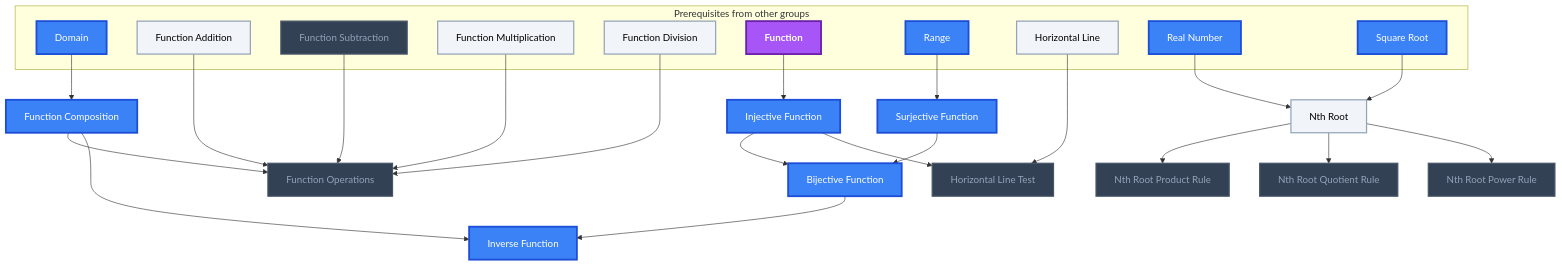
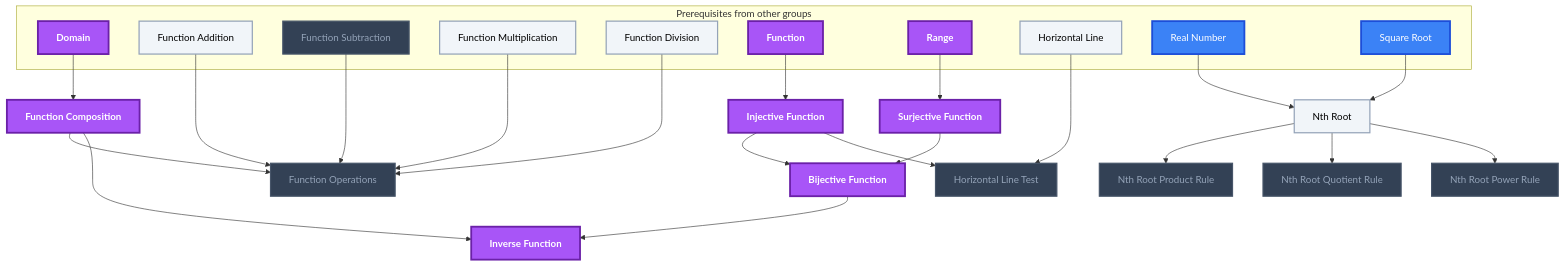
One commit to MRauf1/My-Notes changed the fifth of 11 diagrams in Gamification/Skill Trees/Pre-Calculus.md. Above: the diagram before and after it, drawn with Mermaid. The commit also changed other lines of this file and 57 other files, not shown here.

````diff
--- a/Gamification/Skill Trees/Pre-Calculus.md
+++ b/Gamification/Skill Trees/Pre-Calculus.md
@@ -386,59 +386,59 @@
 ```mermaid
 flowchart TD
     classDef planned fill:#1E293B,stroke:#64748B,stroke-width:2px,stroke-dasharray:5 5,color:#94A3B8;
     classDef locked fill:#334155,stroke:#475569,stroke-width:2px,color:#94A3B8;
     classDef L0 fill:#F1F5F9,stroke:#94A3B8,stroke-width:2px,color:#000000;
     classDef L1 fill:#22C55E,stroke:#15803D,stroke-width:2px,color:#000000;
     classDef L2 fill:#3B82F6,stroke:#1D4ED8,stroke-width:3px,color:#FFFFFF;
     classDef L3 fill:#A855F7,stroke:#6B21A8,stroke-width:3px,color:#FFFFFF,font-weight:bold;
     classDef L4 fill:#F97316,stroke:#C2410C,stroke-width:4px,color:#000000,font-weight:bold;
     classDef L5 fill:#FFD700,stroke:#FF8C00,stroke-width:5px,color:#000000,font-weight:bold;
     classDef rusty stroke:#8B4513,stroke-width:4px,stroke-dasharray:3 3;
     subgraph sg_prereqs["Prerequisites from other groups"]
         n_domain["Domain"]
         n_function_addition["Function Addition"]
         n_function_subtraction["Function Subtraction"]
         n_function_multiplication["Function Multiplication"]
         n_function_division["Function Division"]
         n_function["Function"]
         n_range["Range"]
         n_horizontal_line["Horizontal Line"]
         n_real_number["Real Number"]
         n_square_root["Square Root"]
     end
     n_function_composition["Function Composition"]
     n_function_operations["Function Operations"]
     n_injective_function["Injective Function"]
     n_surjective_function["Surjective Function"]
     n_bijective_function["Bijective Function"]
     n_inverse_function["Inverse Function"]
     n_horizontal_line_test["Horizontal Line Test"]
     n_nth_root["Nth Root"]
     n_nth_root_product_rule["Nth Root Product Rule"]
     n_nth_root_quotient_rule["Nth Root Quotient Rule"]
     n_nth_root_power_rule["Nth Root Power Rule"]
     n_domain --> n_function_composition
     n_function_addition --> n_function_operations
     n_function_subtraction --> n_function_operations
     n_function_multiplication --> n_function_operations
     n_function_division --> n_function_operations
     n_function_composition --> n_function_operations
     n_function --> n_injective_function
     n_range --> n_surjective_function
     n_injective_function --> n_bijective_function
     n_surjective_function --> n_bijective_function
     n_function_composition --> n_inverse_function
     n_bijective_function --> n_inverse_function
     n_horizontal_line --> n_horizontal_line_test
     n_injective_function --> n_horizontal_line_test
     n_real_number --> n_nth_root
     n_square_root --> n_nth_root
     n_nth_root --> n_nth_root_product_rule
     n_nth_root --> n_nth_root_quotient_rule
     n_nth_root --> n_nth_root_power_rule
     class n_function_subtraction,n_function_operations,n_horizontal_line_test,n_nth_root_product_rule,n_nth_root_quotient_rule,n_nth_root_power_rule locked;
     class n_function_addition,n_function_multiplication,n_function_division,n_horizontal_line,n_nth_root L0;
-    class n_domain,n_range,n_real_number,n_square_root,n_function_composition,n_injective_function,n_surjective_function,n_bijective_function,n_inverse_function L2;
-    class n_function L3;
+    class n_real_number,n_square_root L2;
+    class n_domain,n_function,n_range,n_function_composition,n_injective_function,n_surjective_function,n_bijective_function,n_inverse_function L3;
     class n_domain,n_function_addition,n_function_subtraction,n_function_multiplication,n_function_division,n_function,n_range,n_horizontal_line,n_real_number,n_square_root,n_function_composition,n_function_operations,n_injective_function,n_surjective_function,n_bijective_function,n_inverse_function,n_horizontal_line_test,n_nth_root,n_nth_root_product_rule,n_nth_root_quotient_rule,n_nth_root_power_rule internal-link;
 ```
````
